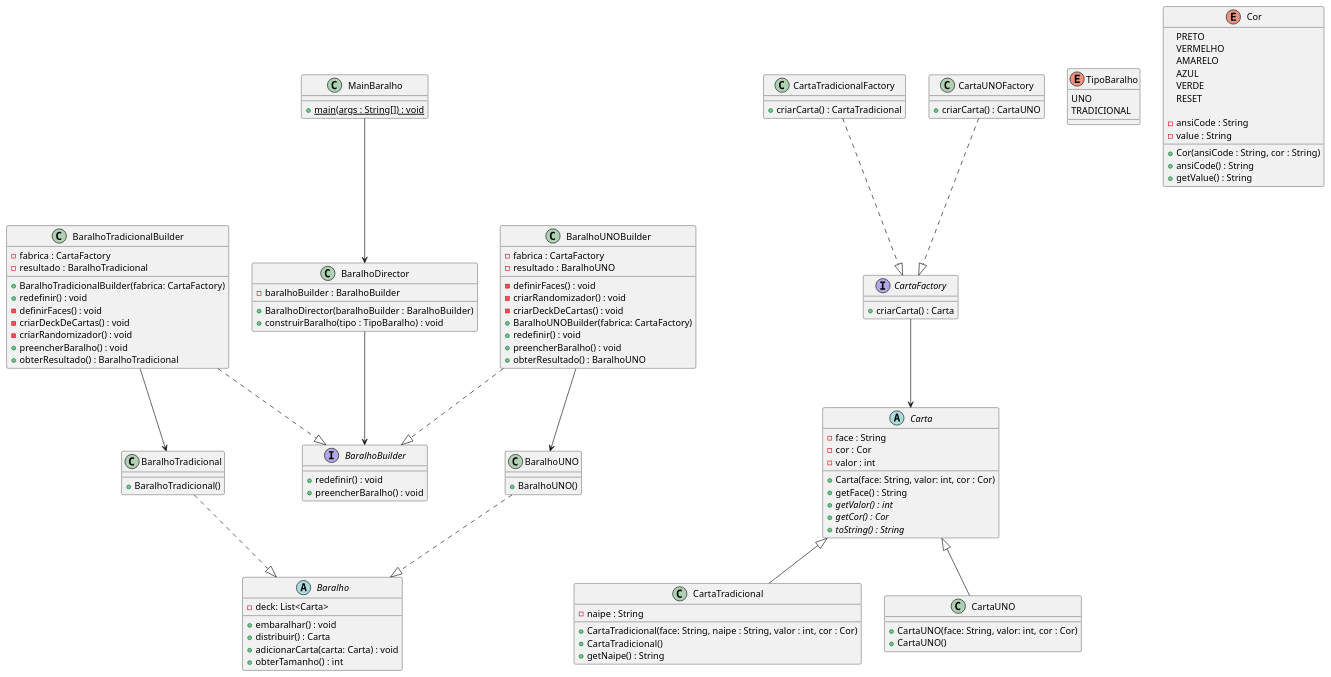
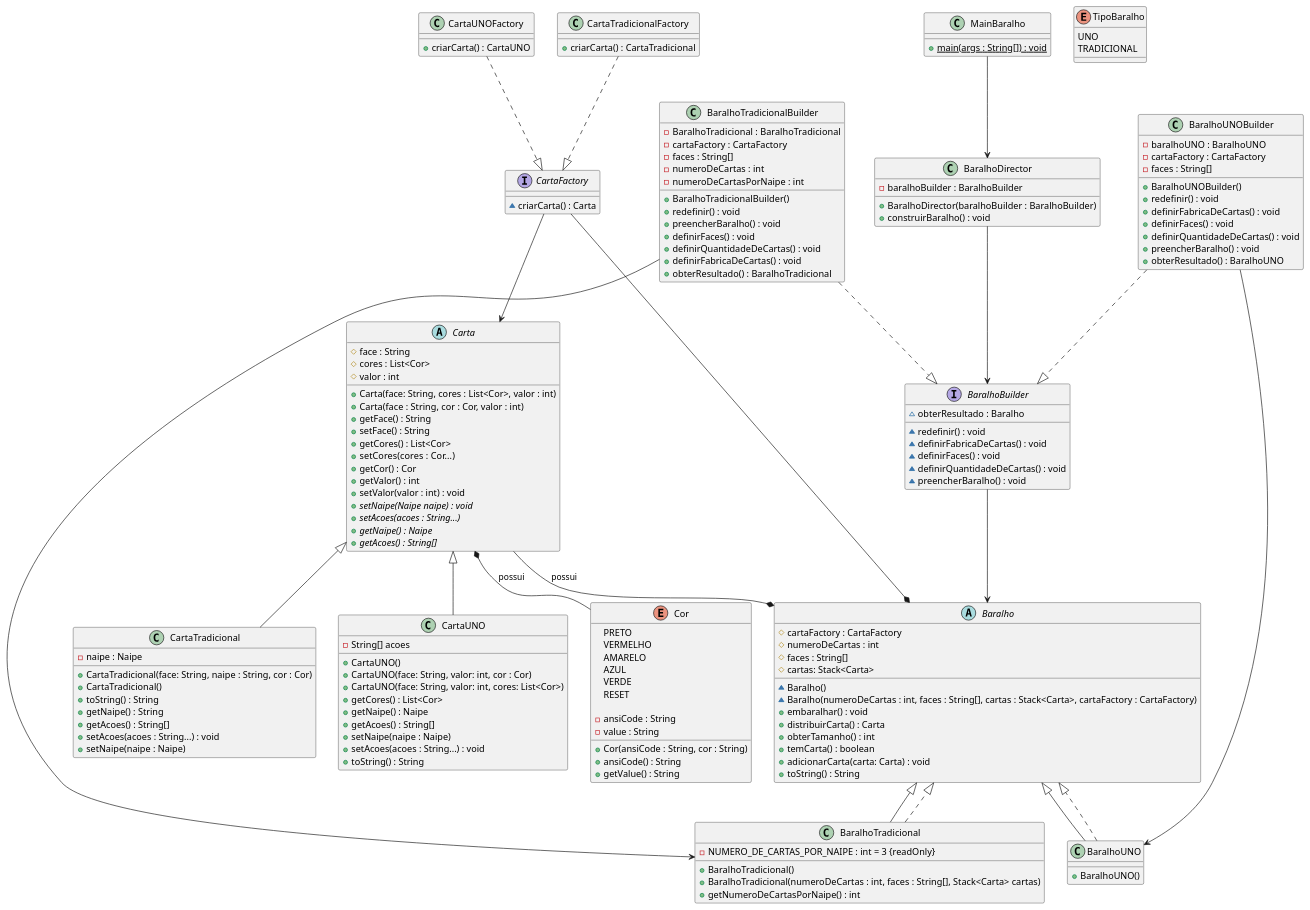
One commit to yagocdj/Segunda-colaborativa-padroes changed the diagram in docs/diagrama_novo.plantuml. Above: the diagram before and after it, drawn with PlantUML. The commit also changed 9 other files, not shown here.

Commit message:
docs: ajustes no diagrama (verificar melhor)

```diff
--- a/docs/diagrama_novo.plantuml
+++ b/docs/diagrama_novo.plantuml
@@ -2,47 +2,81 @@
 
 '--------------------- Classes Baralho ---------------------
 abstract class Baralho {
-    - deck: List<Carta>
+    # cartaFactory : CartaFactory
+    # numeroDeCartas : int
+    # faces : String[]
+    # cartas: Stack<Carta>
 
+    ~ Baralho()
+    ~ Baralho(numeroDeCartas : int, faces : String[], cartas : Stack<Carta>, cartaFactory : CartaFactory)
     + embaralhar() : void
-    + distribuir() : Carta
+    + distribuirCarta() : Carta
+    + obterTamanho() : int
+    + temCarta() : boolean
     + adicionarCarta(carta: Carta) : void
-    + obterTamanho() : int
+    + toString() : String
 }
 
-class BaralhoTradicional {
+' extends Baralho
+class BaralhoTradicional extends Baralho {
+    - NUMERO_DE_CARTAS_POR_NAIPE : int = 3 {readOnly}
+
     + BaralhoTradicional()
+    + BaralhoTradicional(numeroDeCartas : int, faces : String[], Stack<Carta> cartas)
+    + getNumeroDeCartasPorNaipe() : int
 }
 
-class BaralhoUNO {
+' extends Baralho
+class BaralhoUNO extends Baralho {
     + BaralhoUNO()
 }
 
 '--------------------- Classes Carta ---------------------
 
 abstract class Carta {
-    - face : String
-    - cor : Cor
-    - valor : int
+    # face : String
+    # cores : List<Cor>
+    # valor : int
 
-    + Carta(face: String, valor: int, cor : Cor)
+    + Carta(face: String, cores : List<Cor>, valor : int)
+    + Carta(face : String, cor : Cor, valor : int)
     + getFace() : String
-    + {abstract} getValor() : int
-    + {abstract} getCor() : Cor
-    + {abstract} toString() : String
+    + setFace() : String
+    + getCores() : List<Cor>
+    + setCores(cores : Cor...)
+    + getCor() : Cor
+    + getValor() : int
+    + setValor(valor : int) : void
+    + {abstract} setNaipe(Naipe naipe) : void
+    + {abstract} setAcoes(acoes : String...)
+    + {abstract} getNaipe() : Naipe
+    + {abstract} getAcoes() : String[]
 }
 
 class CartaTradicional extends Carta {
-    - naipe : String
+    - naipe : Naipe
 
-    + CartaTradicional(face: String, naipe : String, valor : int, cor : Cor)
+    + CartaTradicional(face: String, naipe : String, cor : Cor)
     + CartaTradicional()
+    + toString() : String
     + getNaipe() : String
+    + getAcoes() : String[]
+    + setAcoes(acoes : String...) : void
+    + setNaipe(naipe : Naipe)
 }
 
 class CartaUNO extends Carta {
+    - String[] acoes
+
+    + CartaUNO()
     + CartaUNO(face: String, valor: int, cor : Cor)
-    + CartaUNO()
+    + CartaUNO(face: String, valor: int, cores: List<Cor>)
+    + getCores() : List<Cor>
+    + getNaipe() : Naipe
+    + getAcoes() : String[]
+    + setNaipe(naipe : Naipe)
+    + setAcoes(acoes : String...) : void
+    + toString() : String
 }
 
 enum TipoBaralho {
@@ -69,32 +103,42 @@
 '--------------------- Builder Pattern ---------------------
 
 interface BaralhoBuilder {
+    ~ redefinir() : void
+    ~ definirFabricaDeCartas() : void
+    ~ definirFaces() : void
+    ~ definirQuantidadeDeCartas() : void
+    ~ preencherBaralho() : void
+    ~ obterResultado : Baralho
+}
+
+' implements BaralhoBuilder
+class BaralhoTradicionalBuilder {
+    - BaralhoTradicional : BaralhoTradicional
+    - cartaFactory : CartaFactory
+    - faces : String[]
+    - numeroDeCartas : int
+    - numeroDeCartasPorNaipe : int
+
+    + BaralhoTradicionalBuilder()
     + redefinir() : void
     + preencherBaralho() : void
-}
-
-class BaralhoTradicionalBuilder {
-    - fabrica : CartaFactory
-    - resultado : BaralhoTradicional
-
-    + BaralhoTradicionalBuilder(fabrica: CartaFactory)
-    + redefinir() : void
-    - definirFaces() : void
-    - criarDeckDeCartas() : void
-    - criarRandomizador() : void
-    + preencherBaralho() : void
+    + definirFaces() : void
+    + definirQuantidadeDeCartas() : void
+    + definirFabricaDeCartas() : void
     + obterResultado() : BaralhoTradicional
 }
 
+' implements BaralhoBuilder
 class BaralhoUNOBuilder {
-    - fabrica : CartaFactory
-    - resultado : BaralhoUNO
+    - baralhoUNO : BaralhoUNO
+    - cartaFactory : CartaFactory
+    - faces : String[]
 
-    - definirFaces() : void
-    - criarRandomizador() : void
-    - criarDeckDeCartas() : void
-    + BaralhoUNOBuilder(fabrica: CartaFactory)
+    + BaralhoUNOBuilder()
     + redefinir() : void
+    + definirFabricaDeCartas() : void
+    + definirFaces() : void
+    + definirQuantidadeDeCartas() : void
     + preencherBaralho() : void
     + obterResultado() : BaralhoUNO
 }
@@ -103,22 +147,22 @@
     - baralhoBuilder : BaralhoBuilder
 
     + BaralhoDirector(baralhoBuilder : BaralhoBuilder)
-    + construirBaralho(tipo : TipoBaralho) : void
+    + construirBaralho() : void
 }
 
 '--------------------- Factory Method ---------------------
 
 interface CartaFactory {
-    + criarCarta() : Carta
+    ~ criarCarta() : Carta
 }
 
+' implements CartaFactory
 class CartaTradicionalFactory {
-'    + criarCarta(face : String, valor : int, cor : Cor) : CartaTradicional
     + criarCarta() : CartaTradicional
 }
 
+' implements CartaFactory
 class CartaUNOFactory {
-'    + criarCarta(face : String, valor : int, cor : Cor) : CartaUNO
     + criarCarta() : CartaUNO
 }
 
@@ -133,6 +177,7 @@
 
 MainBaralho --> BaralhoDirector
 BaralhoDirector --> BaralhoBuilder
+BaralhoBuilder --> Baralho
 
 BaralhoTradicional ..|> Baralho
 BaralhoUNO ..|> Baralho
@@ -144,9 +189,13 @@
 CartaUNOFactory ..|> CartaFactory
 
 CartaFactory --> Carta
+CartaFactory --* Baralho
+Carta --* Baralho : possui
+Carta *-- Cor : possui
 
 BaralhoTradicionalBuilder --> BaralhoTradicional
 BaralhoUNOBuilder --> BaralhoUNO
 
 
+
 @enduml
```
